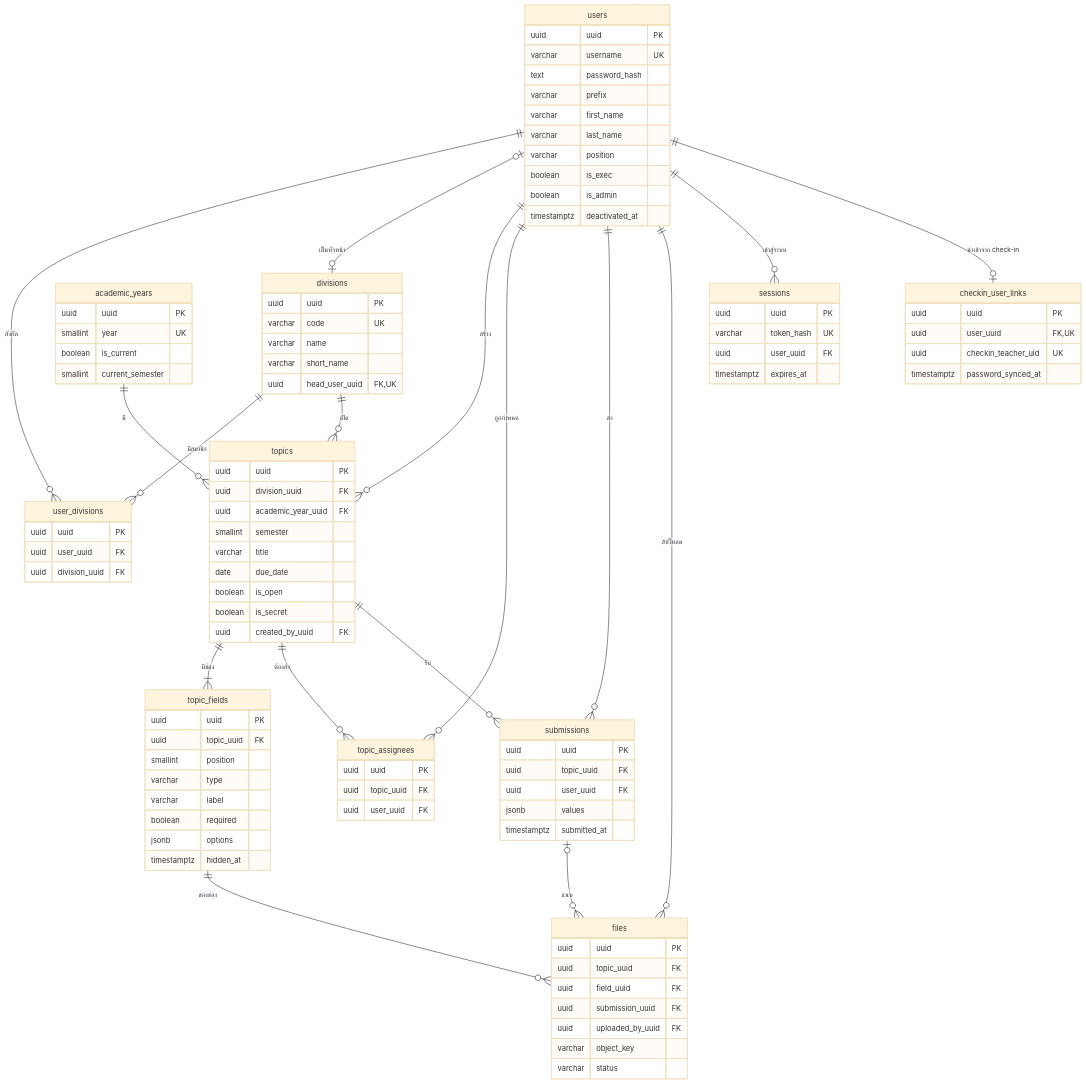
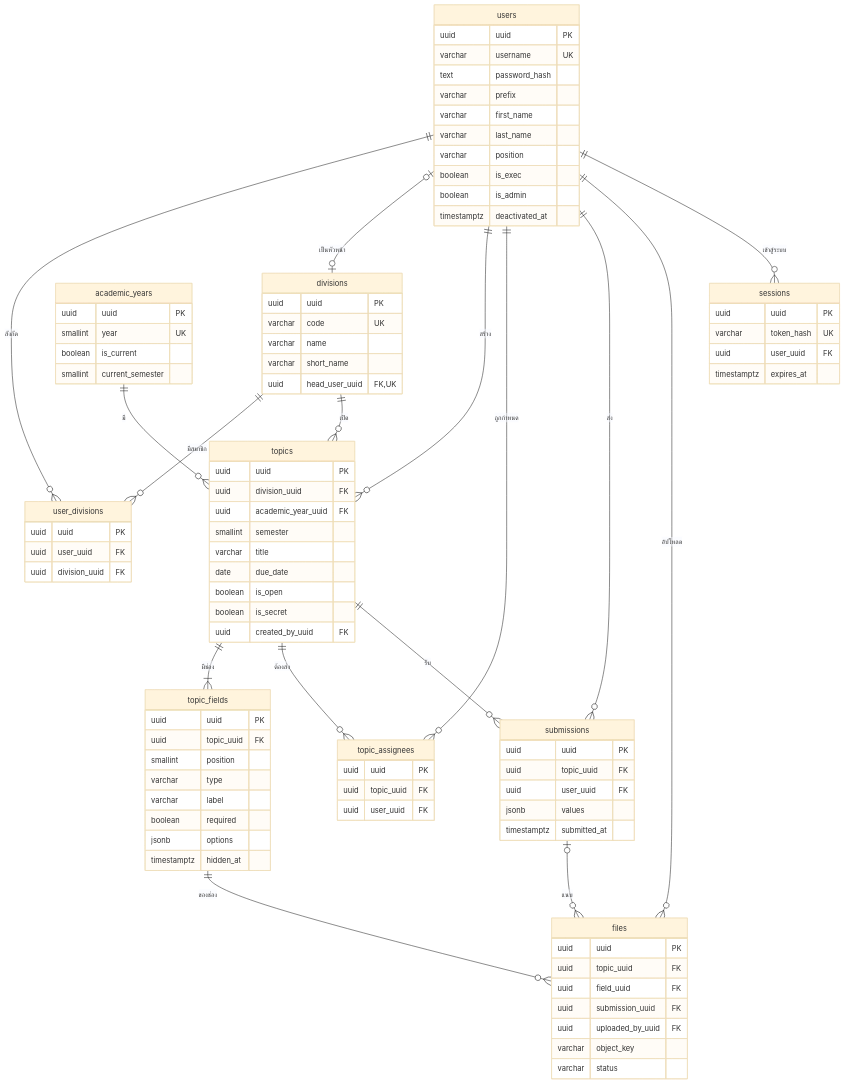
One commit to FhLk/SDMS-Backend changed the diagram in sdms-database.md. Above: the diagram before and after it, drawn with Mermaid (base theme). The commit also changed other lines of this file and 17 other files, not shown here.

````diff
--- a/sdms-database.md
+++ b/sdms-database.md
@@ -48,7 +45,6 @@
   topic_fields ||--o{ files : "ของช่อง"
   users ||--o{ files : "อัปโหลด"
   users ||--o{ sessions : "เข้าสู่ระบบ"
-  users ||--o| checkin_user_links : "นำเข้าจาก check-in"
   users {
     uuid uuid PK
     varchar username UK
@@ -127,10 +123,4 @@
     varchar object_key
     varchar status
   }
-  checkin_user_links {
-    uuid uuid PK
-    uuid user_uuid FK,UK
-    uuid checkin_teacher_uid UK
-    timestamptz password_synced_at
-  }
 ```
````
